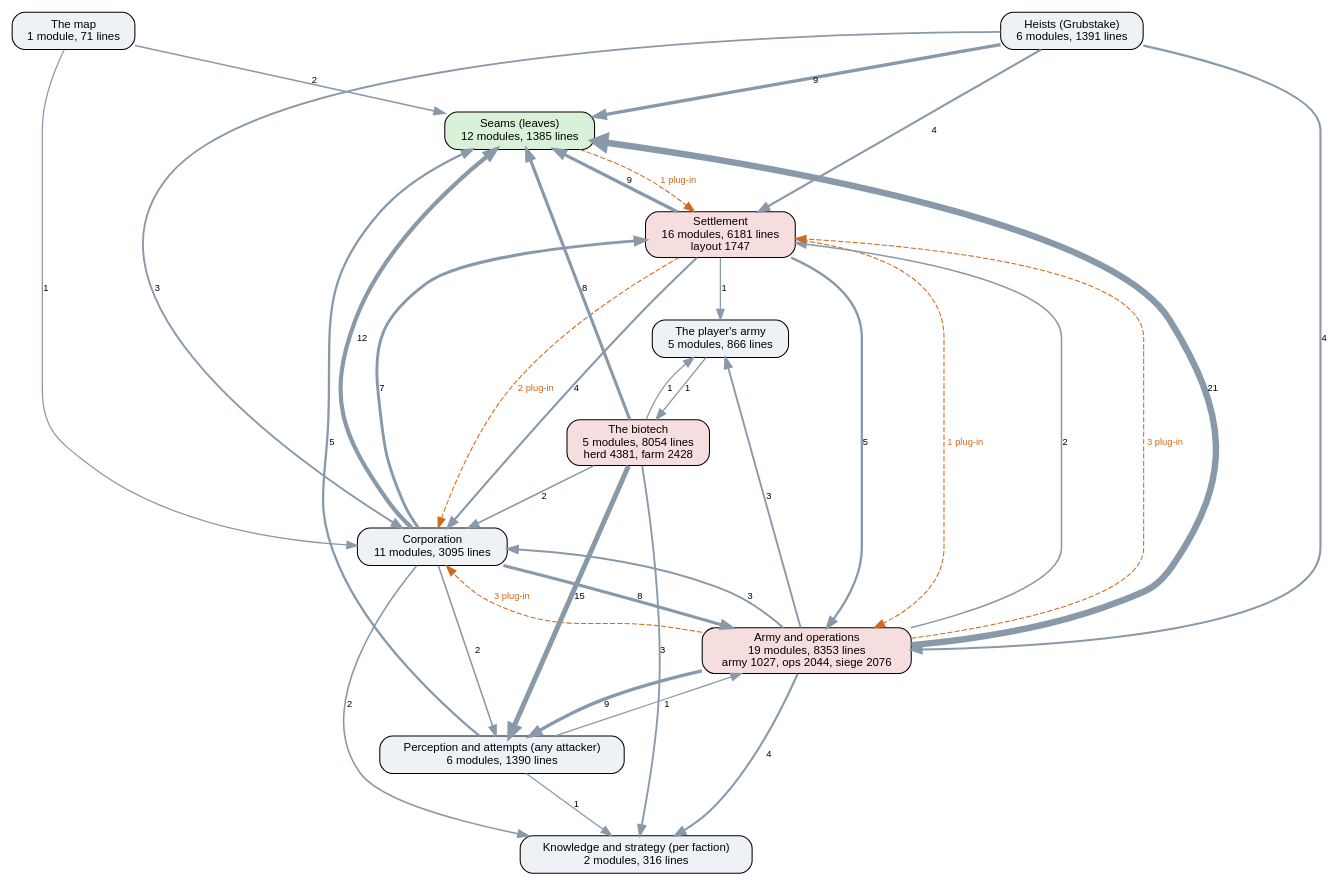
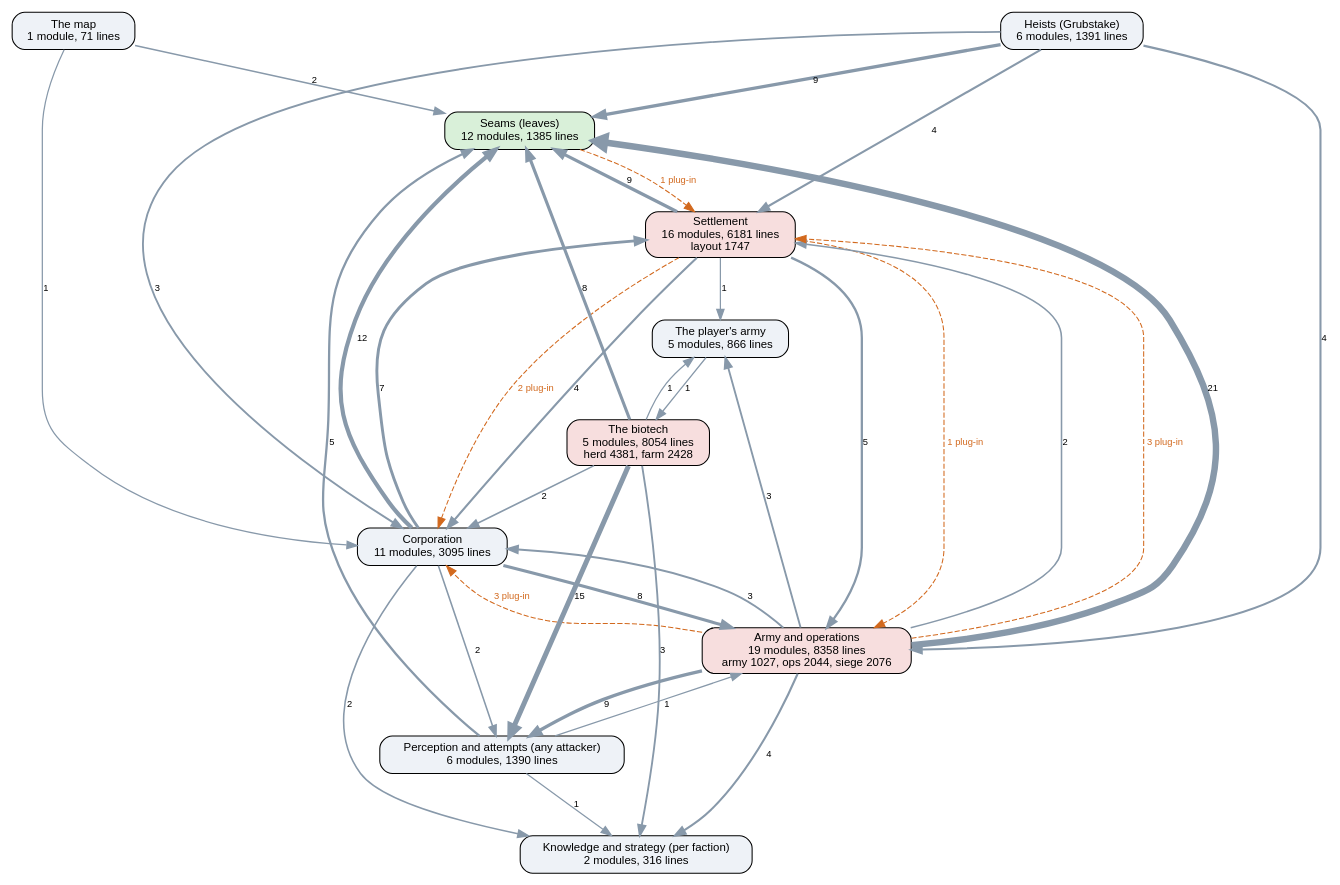
Before and after one commit to kinelhu/landing-party: the diagram in docs/ai-layers.dot, drawn with Graphviz. The commit also changed 14 other files, not shown here.

```diff
--- a/docs/ai-layers.dot
+++ b/docs/ai-layers.dot
@@ -1,50 +1,50 @@
 digraph layers {
   graph [rankdir=TB, fontname="Helvetica", nodesep=0.5, ranksep=0.7];
   node [shape=box, style="rounded,filled", fontname="Helvetica", fontsize=11, fillcolor="#eef2f7"];
   edge [color="#8899aa", fontname="Helvetica", fontsize=9];
   "Seams (leaves)" [label="Seams (leaves)\n12 modules, 1385 lines", fillcolor="#d9f0d9"];
   "Perception and attempts (any attacker)" [label="Perception and attempts (any attacker)\n6 modules, 1390 lines", fillcolor="#eef2f7"];
   "Knowledge and strategy (per faction)" [label="Knowledge and strategy (per faction)\n2 modules, 316 lines", fillcolor="#eef2f7"];
   "Corporation" [label="Corporation\n11 modules, 3095 lines", fillcolor="#eef2f7"];
   "Settlement" [label="Settlement\n16 modules, 6181 lines\nlayout 1747", fillcolor="#f7dede"];
-  "Army and operations" [label="Army and operations\n19 modules, 8353 lines\narmy 1027, ops 2044, siege 2076", fillcolor="#f7dede"];
+  "Army and operations" [label="Army and operations\n19 modules, 8358 lines\narmy 1027, ops 2044, siege 2076", fillcolor="#f7dede"];
   "Heists (Grubstake)" [label="Heists (Grubstake)\n6 modules, 1391 lines", fillcolor="#eef2f7"];
   "The biotech" [label="The biotech\n5 modules, 8054 lines\nherd 4381, farm 2428", fillcolor="#f7dede"];
   "The map" [label="The map\n1 module, 71 lines", fillcolor="#eef2f7"];
   "The player's army" [label="The player's army\n5 modules, 866 lines", fillcolor="#eef2f7"];
   "Army and operations" -> "Corporation" [label="3", penwidth=1.8];
   "Army and operations" -> "Knowledge and strategy (per faction)" [label="4", penwidth=2.0];
   "Army and operations" -> "Perception and attempts (any attacker)" [label="9", penwidth=3.2];
   "Army and operations" -> "Seams (leaves)" [label="21", penwidth=6.2];
   "Army and operations" -> "Settlement" [label="2", penwidth=1.5];
   "Army and operations" -> "The player's army" [label="3", penwidth=1.8];
   "Corporation" -> "Army and operations" [label="8", penwidth=3.0];
   "Corporation" -> "Knowledge and strategy (per faction)" [label="2", penwidth=1.5];
   "Corporation" -> "Perception and attempts (any attacker)" [label="2", penwidth=1.5];
   "Corporation" -> "Seams (leaves)" [label="12", penwidth=4.0];
   "Corporation" -> "Settlement" [label="7", penwidth=2.8];
   "Heists (Grubstake)" -> "Army and operations" [label="4", penwidth=2.0];
   "Heists (Grubstake)" -> "Corporation" [label="3", penwidth=1.8];
   "Heists (Grubstake)" -> "Seams (leaves)" [label="9", penwidth=3.2];
   "Heists (Grubstake)" -> "Settlement" [label="4", penwidth=2.0];
   "Perception and attempts (any attacker)" -> "Army and operations" [label="1", penwidth=1.2];
   "Perception and attempts (any attacker)" -> "Knowledge and strategy (per faction)" [label="1", penwidth=1.2];
   "Perception and attempts (any attacker)" -> "Seams (leaves)" [label="5", penwidth=2.2];
   "Settlement" -> "Army and operations" [label="5", penwidth=2.2];
   "Settlement" -> "Corporation" [label="4", penwidth=2.0];
   "Settlement" -> "Seams (leaves)" [label="9", penwidth=3.2];
   "Settlement" -> "The player's army" [label="1", penwidth=1.2];
   "The biotech" -> "Corporation" [label="2", penwidth=1.5];
   "The biotech" -> "Knowledge and strategy (per faction)" [label="3", penwidth=1.8];
   "The biotech" -> "Perception and attempts (any attacker)" [label="15", penwidth=4.8];
   "The biotech" -> "Seams (leaves)" [label="8", penwidth=3.0];
   "The biotech" -> "The player's army" [label="1", penwidth=1.2];
   "The map" -> "Corporation" [label="1", penwidth=1.2];
   "The map" -> "Seams (leaves)" [label="2", penwidth=1.5];
   "The player's army" -> "The biotech" [label="1", penwidth=1.2];
   "Army and operations" -> "Corporation" [style=dashed, color="#d2691e", fontcolor="#d2691e", label="3 plug-in"];
   "Army and operations" -> "Settlement" [style=dashed, color="#d2691e", fontcolor="#d2691e", label="3 plug-in"];
   "Seams (leaves)" -> "Settlement" [style=dashed, color="#d2691e", fontcolor="#d2691e", label="1 plug-in"];
   "Settlement" -> "Army and operations" [style=dashed, color="#d2691e", fontcolor="#d2691e", label="1 plug-in"];
   "Settlement" -> "Corporation" [style=dashed, color="#d2691e", fontcolor="#d2691e", label="2 plug-in"];
 }
```
